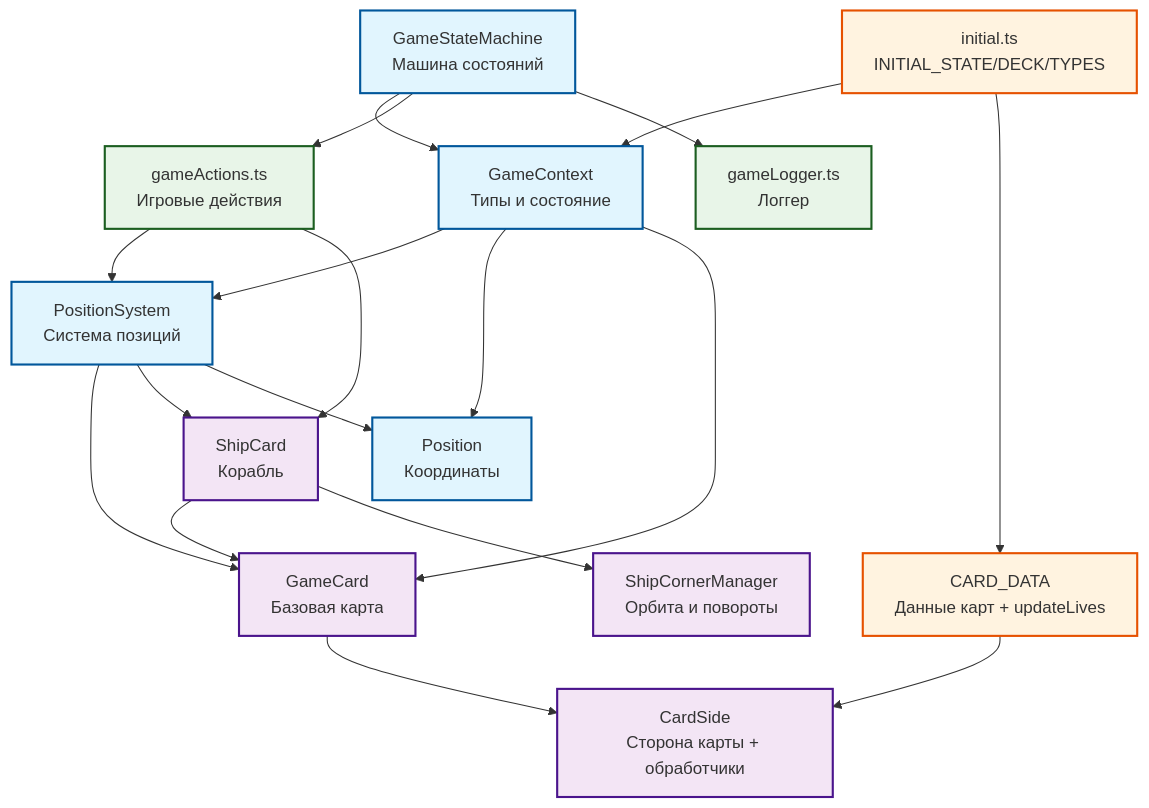
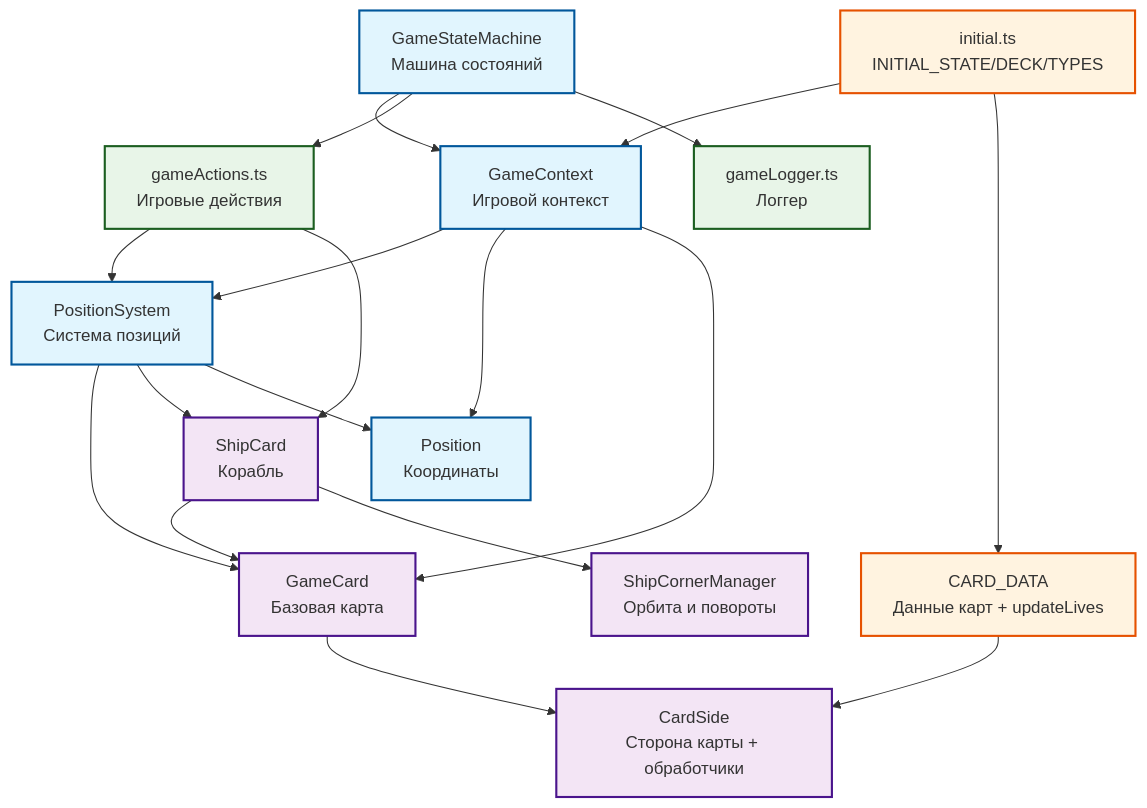
One commit to Farvoz/Save-Oneself changed the diagram in tutorial/entity-relationships.md. Above: the diagram before and after it, drawn with Mermaid. The commit also changed other lines of this file and 1 other file, not shown here.

````diff
--- a/tutorial/entity-relationships.md
+++ b/tutorial/entity-relationships.md
@@ -5,54 +5,54 @@
 ```mermaid
 graph TB
     %% Основные сущности
-    GameContext[GameContext<br/>Типы и состояние]
+    GameContext[GameContext<br/>Игровой контекст]
     GameStateMachine[GameStateMachine<br/>Машина состояний]
     PositionSystem[PositionSystem<br/>Система позиций]
     Position[Position<br/>Координаты]
 
     %% Карты
     GameCard[GameCard<br/>Базовая карта]
     CardSide[CardSide<br/>Сторона карты + обработчики]
     ShipCard[ShipCard<br/>Корабль]
     ShipCornerManager[ShipCornerManager<br/>Орбита и повороты]
 
     %% Данные/инициализация/действия
     CARD_DATA[CARD_DATA<br/>Данные карт + updateLives]
     initial[initial.ts<br/>INITIAL_STATE/DECK/TYPES]
     gameActions[gameActions.ts<br/>Игровые действия]
     gameLogger[gameLogger.ts<br/>Логгер]
 
     %% Наследование/композиция
     ShipCard --> GameCard
     ShipCard --> ShipCornerManager
     GameCard --> CardSide
 
     %% Композиция состояния
     GameContext --> PositionSystem
     GameContext --> Position
     GameContext --> GameCard
 
     %% Использование
     GameStateMachine --> GameContext
     GameStateMachine --> gameActions
     GameStateMachine --> gameLogger
     initial --> GameContext
     initial --> CARD_DATA
     gameActions --> PositionSystem
     gameActions --> ShipCard
     CARD_DATA --> CardSide
     PositionSystem --> GameCard
     PositionSystem --> ShipCard
     PositionSystem --> Position
 
     %% Стили
     classDef core fill:#e1f5fe,stroke:#01579b,stroke-width:2px
     classDef card fill:#f3e5f5,stroke:#4a148c,stroke-width:2px
     classDef system fill:#e8f5e8,stroke:#1b5e20,stroke-width:2px
     classDef data fill:#fff3e0,stroke:#e65100,stroke-width:2px
 
     class GameContext,GameStateMachine,PositionSystem,Position core
     class GameCard,CardSide,ShipCard,ShipCornerManager card
     class gameActions,gameLogger system
     class CARD_DATA,initial data
 ```
````
